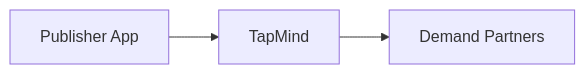
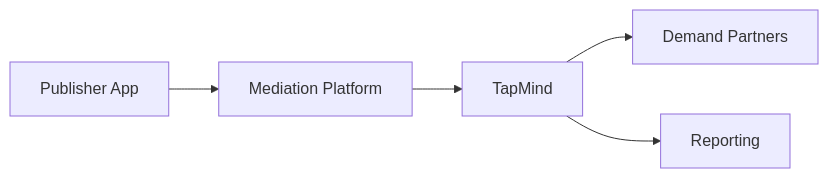
Before and after one commit to tirthkanzariya201/tapmind: the diagram in docs/overview/what-is-tapmind.md, drawn with Mermaid. The commit also changed other lines of this file and 1 other file, not shown here.

First line of the commit message:
Add product introduction content to What is TapMind page.

````diff
--- a/docs/overview/what-is-tapmind.md
+++ b/docs/overview/what-is-tapmind.md
@@ -29,6 +61,7 @@
 ```mermaid
-%% Placeholder diagram — to be added
 flowchart LR
-    A[Publisher App] --> B[TapMind]
-    B --> C[Demand Partners]
+    A[Publisher App] --> B[Mediation Platform]
+    B --> C[TapMind]
+    C --> D[Demand Partners]
+    C --> E[Reporting]
 ```
````
